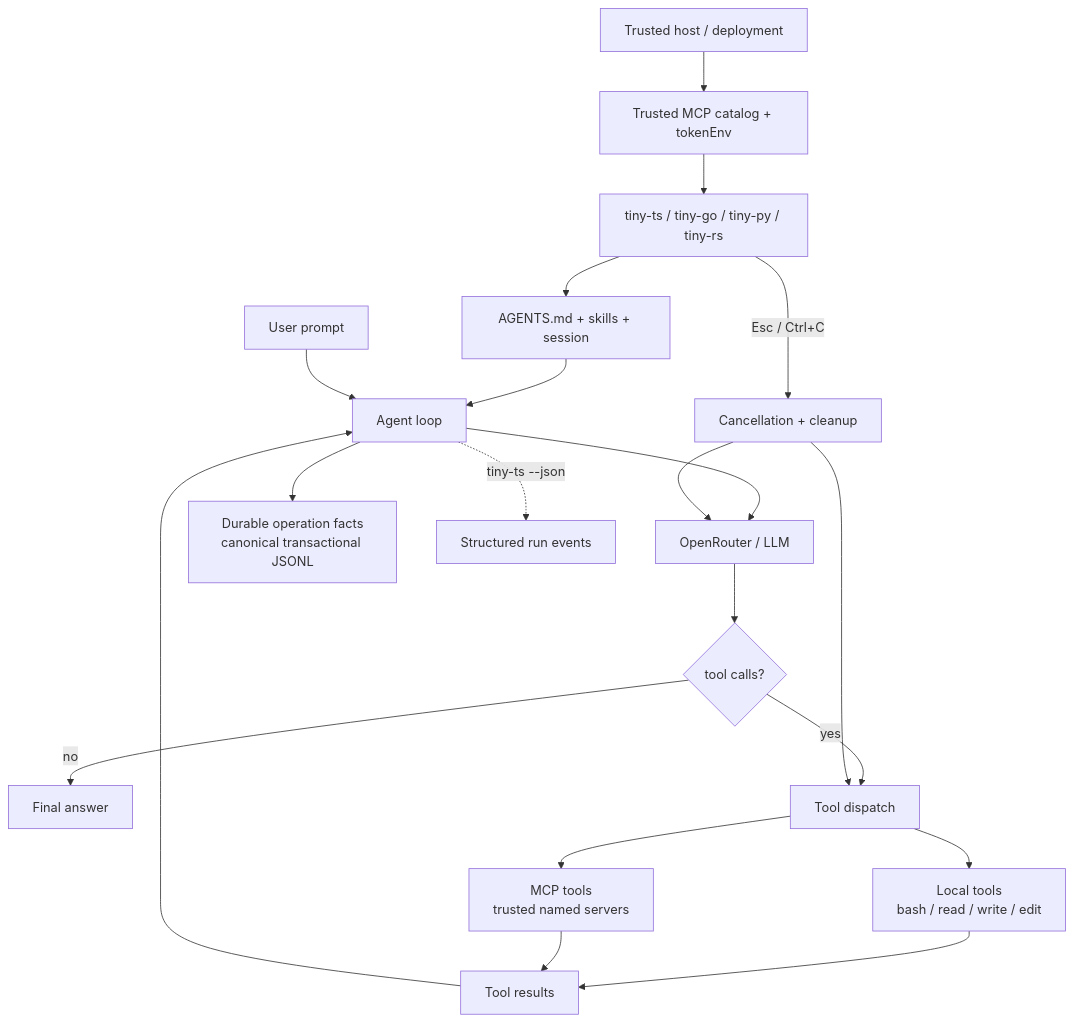
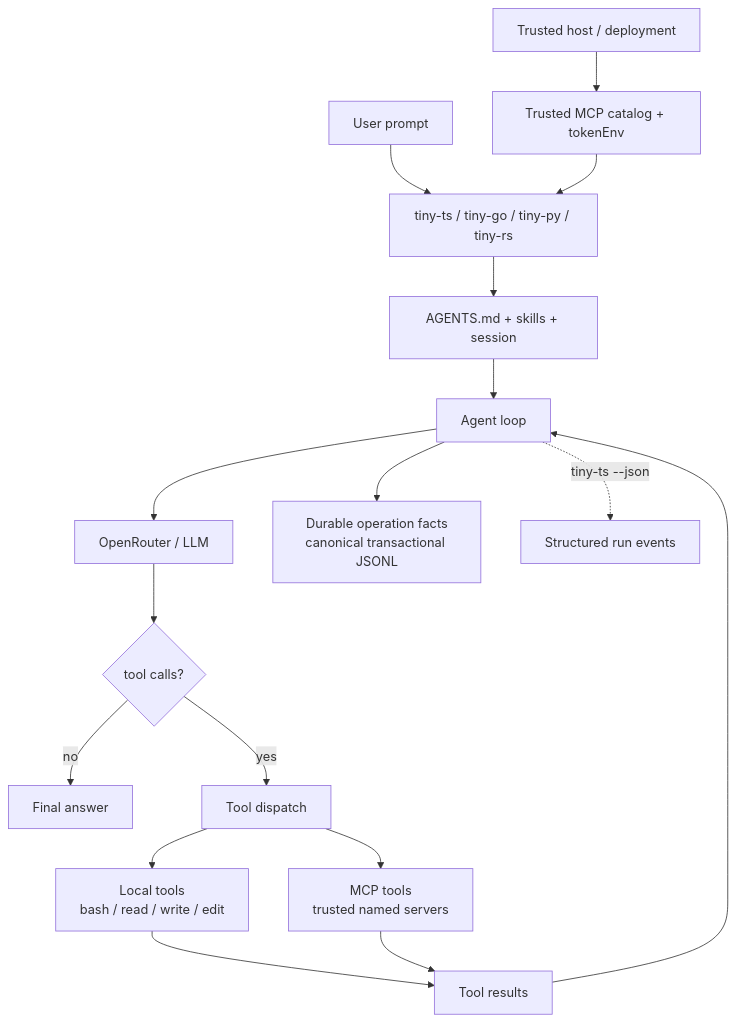
Before and after one commit to geminixiang/tiny-agent: the diagram in README.md, drawn with Mermaid. The commit also changed other lines of this file, not shown here.

Commit message:
docs: simplify the architecture flow

````diff
--- a/README.md
+++ b/README.md
@@ -11,22 +11,19 @@
 ```mermaid
 flowchart TD
+    User["User prompt"] --> CLI["tiny-ts / tiny-go / tiny-py / tiny-rs"]
     Host["Trusted host / deployment"] --> Catalog["Trusted MCP catalog + tokenEnv"]
-    CLI["tiny-ts / tiny-go / tiny-py / tiny-rs"] --> Context["AGENTS.md + skills + session"]
     Catalog --> CLI
+    CLI --> Context["AGENTS.md + skills + session"]
     Context --> Loop["Agent loop"]
-    User["User prompt"] --> Loop
     Loop --> Model["OpenRouter / LLM"]
     Model --> Decision{"tool calls?"}
     Decision -- no --> Answer["Final answer"]
     Decision -- yes --> Dispatch["Tool dispatch"]
     Dispatch --> Local["Local tools\nbash / read / write / edit"]
     Dispatch --> MCP["MCP tools\ntrusted named servers"]
     Local --> Results["Tool results"]
     MCP --> Results
     Results --> Loop
     Loop --> Session["Durable operation facts\ncanonical transactional JSONL"]
     Loop -. "tiny-ts --json" .-> Events["Structured run events"]
-    CLI -- "Esc / Ctrl+C" --> Cancel["Cancellation + cleanup"]
-    Cancel --> Model
-    Cancel --> Dispatch
 ```
````
